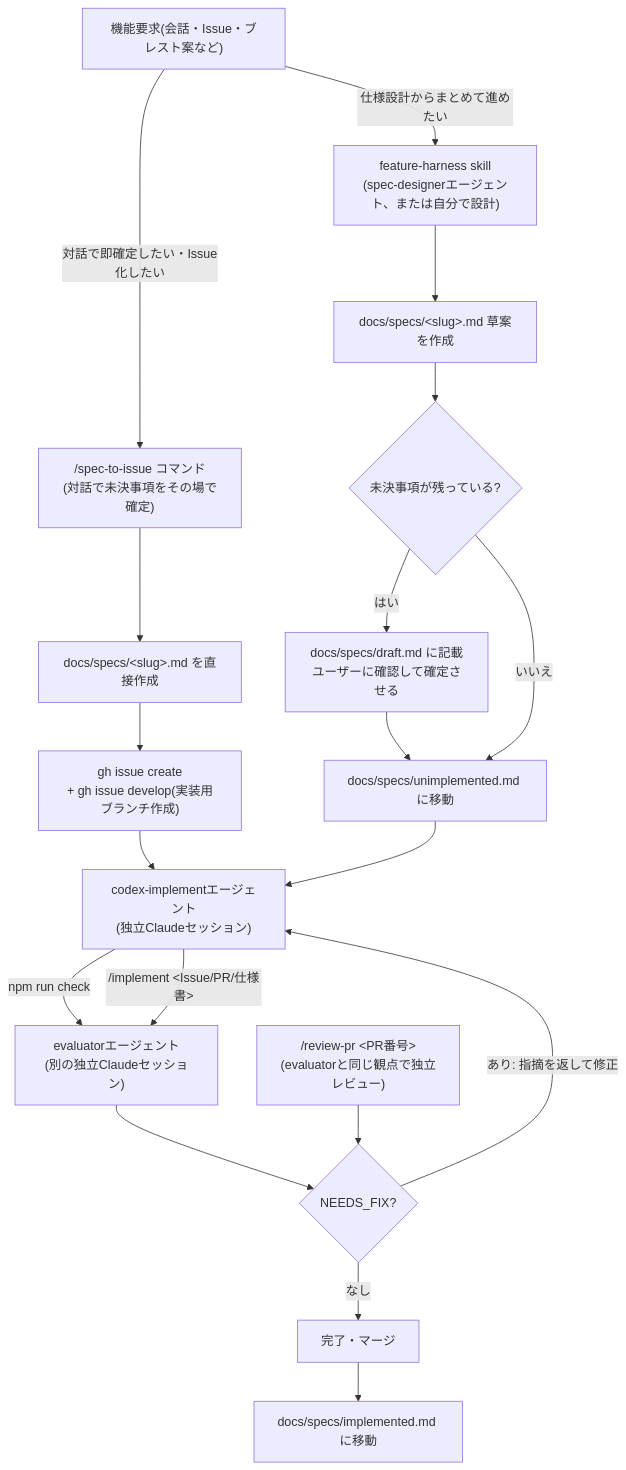
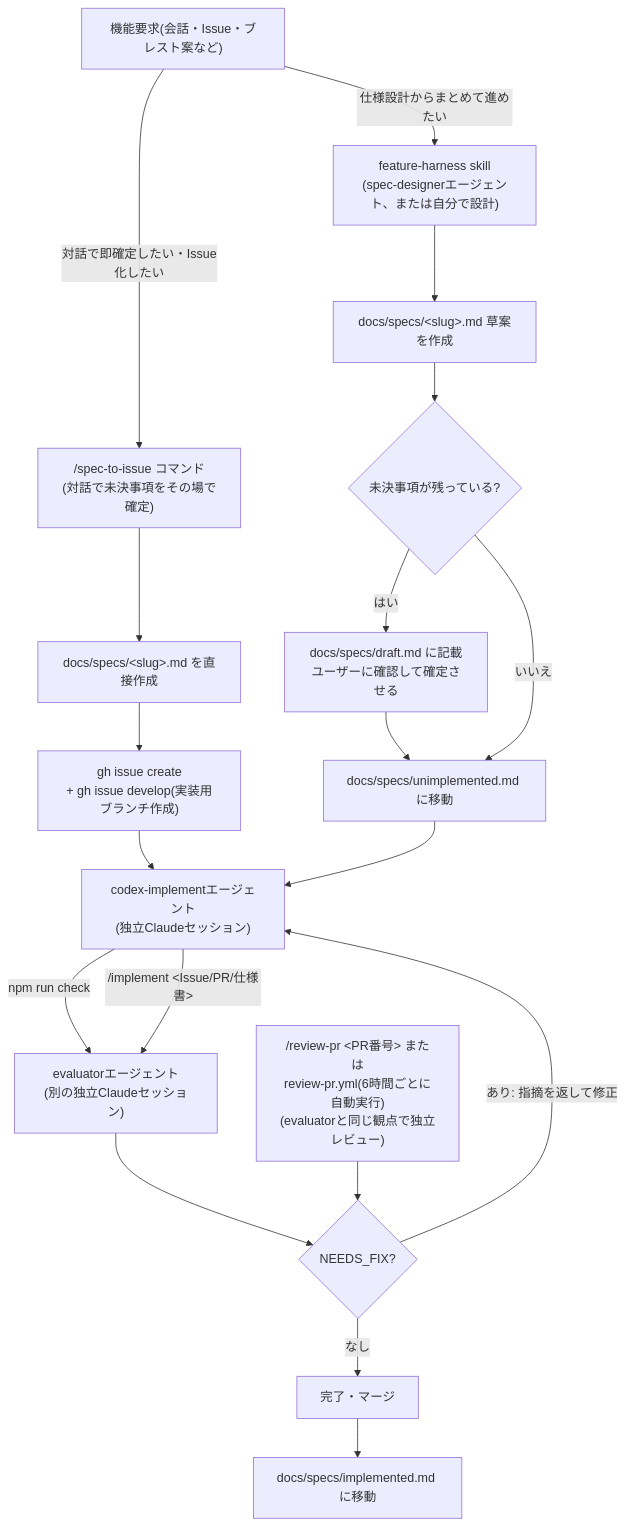
One commit to djpmj/refactor-blocks changed the first of 2 diagrams in docs/DEVELOPMENT.md. Above: the diagram before and after it, drawn with Mermaid. The commit also changed other lines of this file and 2 other files, not shown here.

````diff
--- a/docs/DEVELOPMENT.md
+++ b/docs/DEVELOPMENT.md
@@ -9,30 +9,30 @@
 ```mermaid
 flowchart TD
     Req["機能要求(会話・Issue・ブレスト案など)"]
 
     Req -->|"対話で即確定したい・Issue化したい"| SpecToIssue["/spec-to-issue コマンド<br/>(対話で未決事項をその場で確定)"]
     SpecToIssue --> SpecFileDirect["docs/specs/&lt;slug&gt;.md を直接作成"]
     SpecFileDirect --> GhIssue["gh issue create<br/>+ gh issue develop(実装用ブランチ作成)"]
 
     Req -->|"仕様設計からまとめて進めたい"| Harness["feature-harness skill<br/>(spec-designerエージェント、または自分で設計)"]
     Harness --> DraftSpec["docs/specs/&lt;slug&gt;.md 草案を作成"]
     DraftSpec --> Undecided{"未決事項が残っている?"}
     Undecided -->|"はい"| DraftList["docs/specs/draft.md に記載<br/>ユーザーに確認して確定させる"]
     DraftList --> UnimplList["docs/specs/unimplemented.md に移動"]
     Undecided -->|"いいえ"| UnimplList
 
     GhIssue --> Impl
     UnimplList --> Impl
 
     Impl["codex-implementエージェント<br/>(独立Claudeセッション)"]
     Impl -->|"npm run check"| ReviewInline["evaluatorエージェント<br/>(別の独立Claudeセッション)"]
     Impl -->|"/implement &lt;Issue/PR/仕様書&gt;"| ReviewInline
-    ReviewPr["/review-pr &lt;PR番号&gt;<br/>(evaluatorと同じ観点で独立レビュー)"]
+    ReviewPr["/review-pr &lt;PR番号&gt; または<br/>review-pr.yml(6時間ごとに自動実行)<br/>(evaluatorと同じ観点で独立レビュー)"]
 
     ReviewInline --> Blocker{"NEEDS_FIX?"}
     ReviewPr --> Blocker
     Blocker -->|"あり: 指摘を返して修正"| Impl
     Blocker -->|"なし"| Merge["完了・マージ"]
 
     Merge --> ImplList["docs/specs/implemented.md に移動"]
 ```
````
